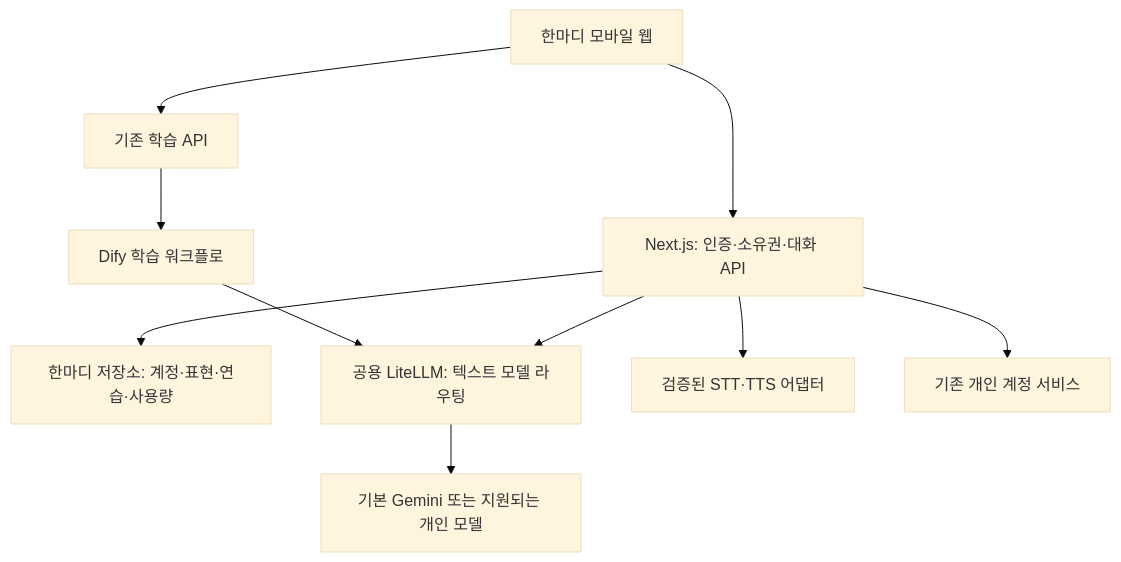
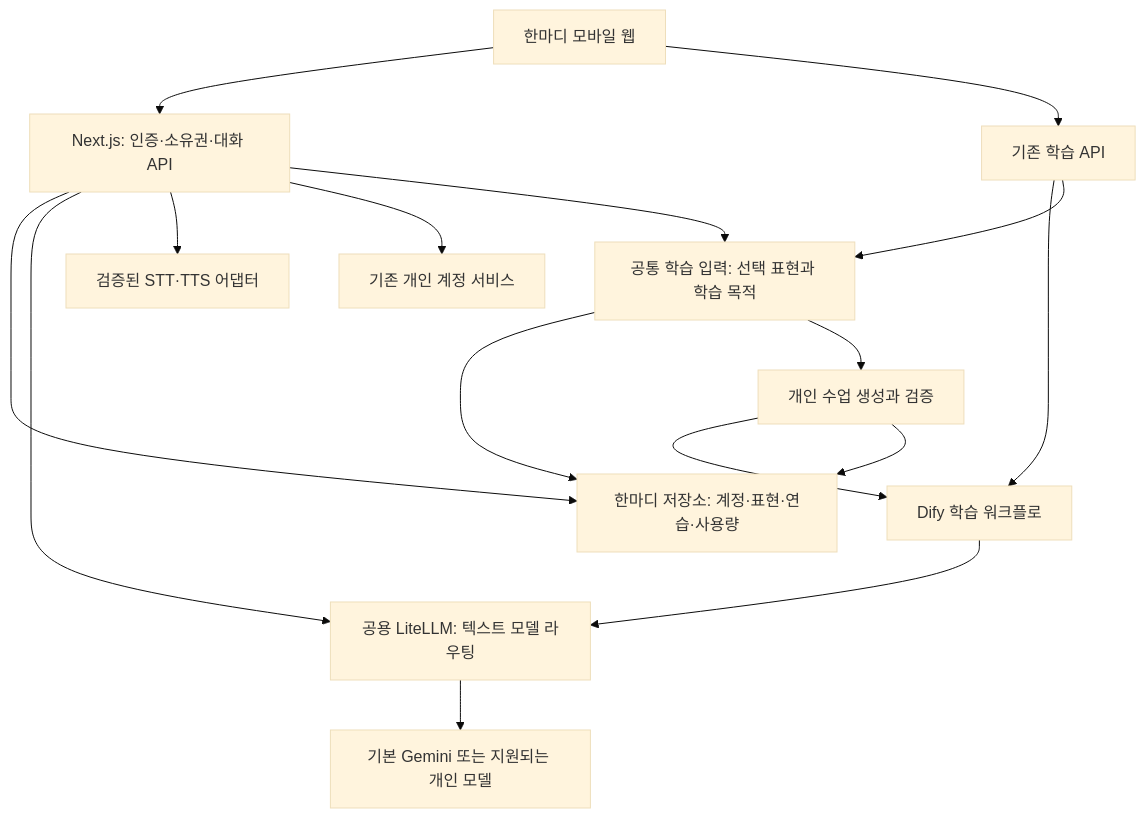
One commit to hhj4861/commerce-automation-kit changed the fourth of 4 diagrams in docs/HANMADI-CONVERSATION-APP-DESIGN.md. Above: the diagram before and after it, drawn with Mermaid (base theme). The commit also changed other lines of this file, not shown here.

````diff
--- a/docs/HANMADI-CONVERSATION-APP-DESIGN.md
+++ b/docs/HANMADI-CONVERSATION-APP-DESIGN.md
@@ -222,12 +306,18 @@
 ```mermaid
 flowchart TD
     UI[한마디 모바일 웹] --> API[Next.js: 인증·소유권·대화 API]
     API --> STORE[한마디 저장소: 계정·표현·연습·사용량]
     API --> GW[공용 LiteLLM: 텍스트 모델 라우팅]
     API --> AUDIO[검증된 STT·TTS 어댑터]
     GW --> MODEL[기본 Gemini 또는 지원되는 개인 모델]
     UI --> STUDY[기존 학습 API]
     STUDY --> DIFY[Dify 학습 워크플로]
     DIFY --> GW
     API --> ACC[기존 개인 계정 서비스]
+    STUDY --> CAPTURE[공통 학습 입력: 선택 표현과 학습 목적]
+    API --> CAPTURE
+    CAPTURE --> STORE
+    CAPTURE --> LESSON[개인 수업 생성과 검증]
+    LESSON --> DIFY
+    LESSON --> STORE
 ```
````
